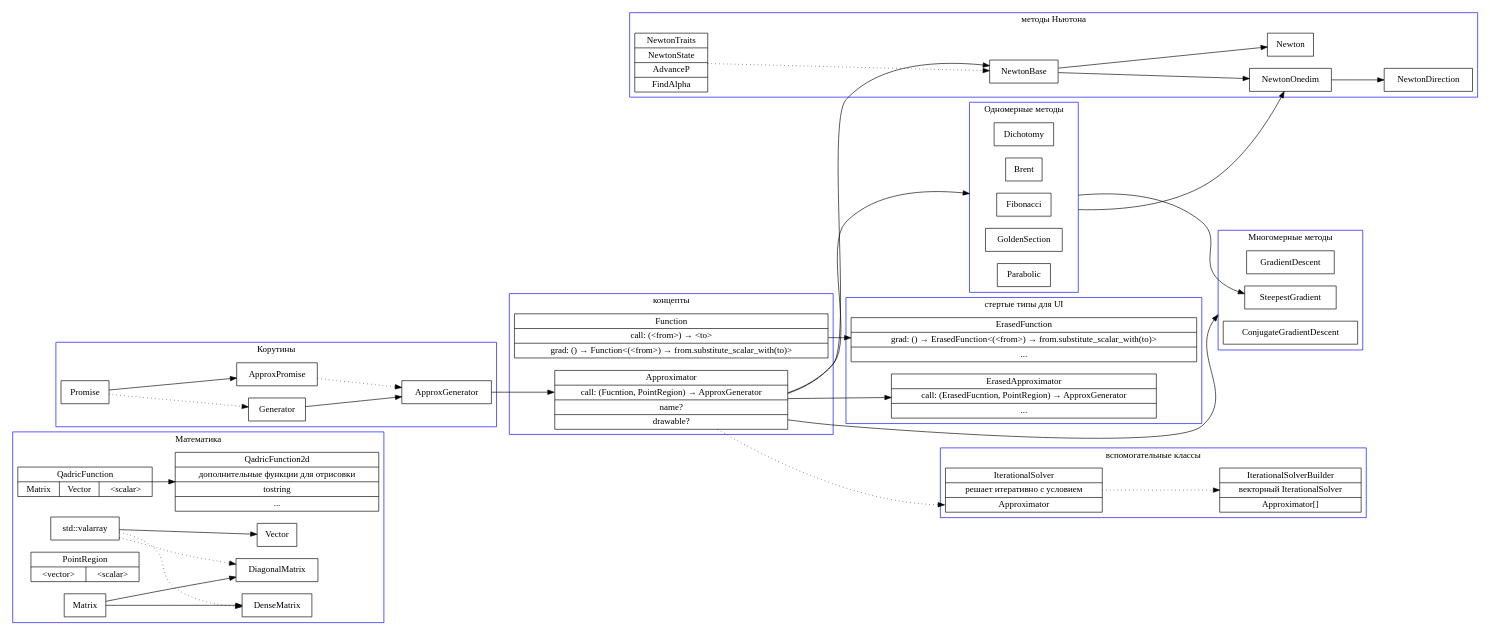
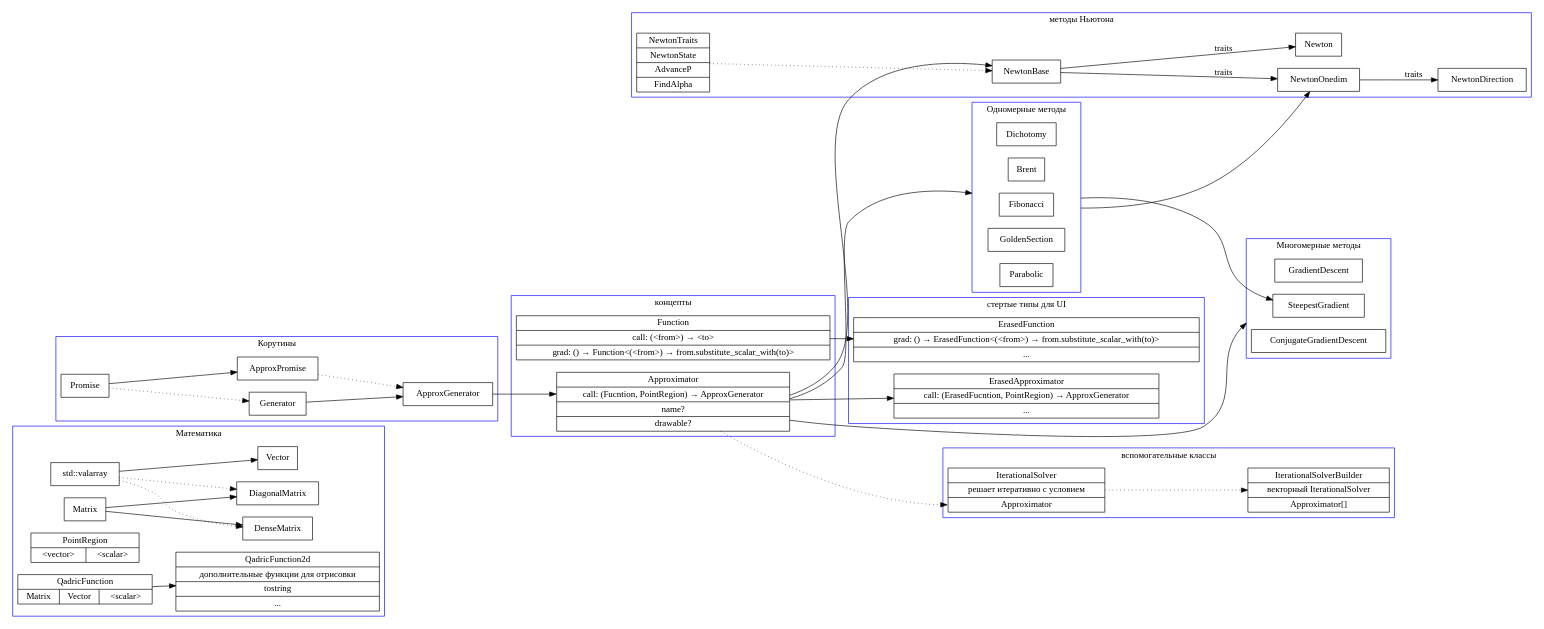
The diagram in doc/4/project.dot (kp2pml30/optimization-methods-labs), drawn with Graphviz before and after one commit. The commit also changed 1 other file, not shown here.

```diff
--- a/doc/4/project.dot
+++ b/doc/4/project.dot
@@ -1,89 +1,89 @@
 digraph Project {
 	node[shape=record];
 	rankdir="LR";
 	compound=true;
 	subgraph cluster_Math {
 		label = Математика;
 		color=blue;
 
 		valarray[label="std::valarray"];
 		valarray -> Vector;
 		valarray -> DenseMatrix [style="dotted"];
 		valarray -> DiagonalMatrix [style="dotted"];
 		QuadticFunction[label="QadricFunction|{Matrix|Vector|\<scalar\>}"];
 		QuadticFunction -> QuadticFunction2d;
 		QuadticFunction2d[label="QadricFunction2d|дополнительные функции для отрисовки|tostring|..."];
 		PointRegion[label="PointRegion|{\<vector\>|\<scalar\>}"];
 		Matrix -> DenseMatrix;
 		Matrix -> DiagonalMatrix;
 	}
 	subgraph cluster_Onedim {
 		label = "Одномерные методы";
 		color=blue;
 
 		Dichotomy;
 		Brent;
 		Fibonacci;
 		GoldenSection;
 		Parabolic;
 	}
 	subgraph cluster_Multidim {
 		label = "Многомерные методы";
 		color=blue;
 
 		GradientDescent;
 		SteepestGradient;
 		ConjugateGradientDescent;
 	}
 	subgraph cluster_Newton {
 		label = "методы Ньютона";
 		color=blue;
 
 		NewtonBase;
 		NewtonTraits [label="NewtonTraits|NewtonState|AdvanceP|FindAlpha"];
 		NewtonTraits -> NewtonBase [style=dotted];
-		NewtonBase -> Newton;
-		NewtonBase -> NewtonOnedim;
-		NewtonOnedim -> NewtonDirection;
+		NewtonBase -> Newton [label="traits"];
+		NewtonBase -> NewtonOnedim [label="traits"];
+		NewtonOnedim -> NewtonDirection [label="traits"];
 	}
 	subgraph cluster_Coroutines {
 		label = "Корутины";
 		color=blue;
 
 		Promise -> Generator [style="dotted"];
 		Generator -> ApproxGenerator;
 		Promise -> ApproxPromise;
 		ApproxPromise -> ApproxGenerator [style="dotted"];
 	}
 	subgraph cluster_Concepts {
 		label = "концепты";
 		color=blue;
 
 		Function[label="Function|call: (\<from\>) → \<to\>|grad: () → Function\<(\<from\>) → from.substitute_scalar_with(to)\>"];
 		Approximator[label="Approximator|<f1>call: (Fucntion, PointRegion) → ApproxGenerator|name?|drawable?"]
 	}
 	ApproxGenerator -> Approximator:f1;
 	Fibonacci -> SteepestGradient [ltail=cluster_Onedim];
 	Approximator -> Fibonacci [lhead=cluster_Onedim];
 	Approximator -> SteepestGradient [lhead=cluster_Multidim];
 	Approximator -> NewtonBase;
 	Fibonacci -> NewtonOnedim [ltail=cluster_Onedim];
 	subgraph cluster_Helpers {
 		label = "вспомогательные классы";
 		color=blue;
 
 		IterationalSolver[label="IterationalSolver|решает итеративно с условием|<f1>Approximator"];
 		IterationalSolverBuilder[label="IterationalSolverBuilder|векторный IterationalSolver|Approximator[]"];
 		IterationalSolver -> IterationalSolverBuilder [style="dotted"];
 	}
 	Approximator -> IterationalSolver:f1 [style="dotted"];
 	subgraph cluster_Erased {
 		label = "стертые типы для UI";
 		color=blue;
 
 		Function -> ErasedFunction;
 		ErasedFunction[label="ErasedFunction|grad: () → ErasedFunction\<(\<from\>) → from.substitute_scalar_with(to)\>|..."];
 		Approximator -> ErasedApproximator;
 		ErasedApproximator[label="ErasedApproximator|call: (ErasedFucntion, PointRegion) → ApproxGenerator|..."]
 	}
 }
```
